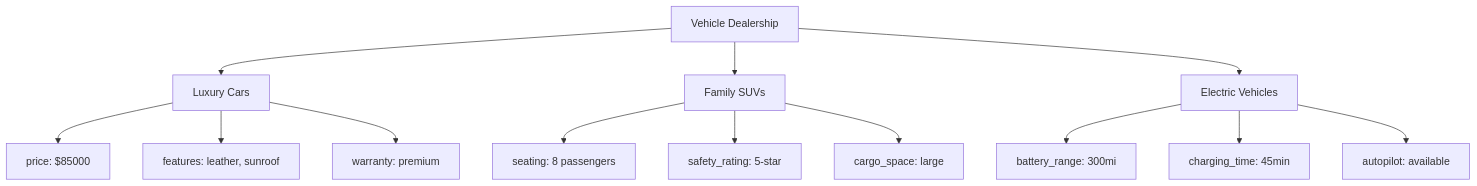
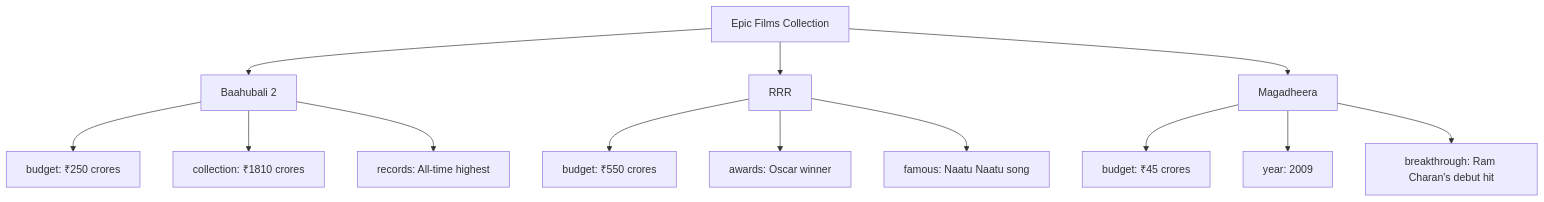
Before and after one commit to viswanathsandu/QuickGuides: the third of 11 diagrams in mongodb-nature-guide.md, drawn with Mermaid. The commit also changed other lines of this file, not shown here.

````diff
--- a/mongodb-nature-guide.md
+++ b/mongodb-nature-guide.md
@@ -167,18 +238,18 @@
 ```mermaid
 graph TD
-    A[Vehicle Dealership] --> B[Luxury Cars]
-    A --> C[Family SUVs]
-    A --> D[Electric Vehicles]
+    A[Epic Films Collection] --> B[Baahubali 2]
+    A --> C[RRR]
+    A --> D[Magadheera]
     
-    B --> B1[price: $85000]
-    B --> B2[features: leather, sunroof]
-    B --> B3[warranty: premium]
+    B --> B1[budget: ₹250 crores]
+    B --> B2[collection: ₹1810 crores]
+    B --> B3[records: All-time highest]
     
-    C --> C1[seating: 8 passengers]
-    C --> C2[safety_rating: 5-star]
-    C --> C3[cargo_space: large]
+    C --> C1[budget: ₹550 crores]
+    C --> C2[awards: Oscar winner]
+    C --> C3[famous: Naatu Naatu song]
     
-    D --> D1[battery_range: 300mi]
-    D --> D2[charging_time: 45min]
-    D --> D3[autopilot: available]
+    D --> D1[budget: ₹45 crores]
+    D --> D2[year: 2009]
+    D --> D3[breakthrough: Ram Charan's debut hit]
 ```
````
